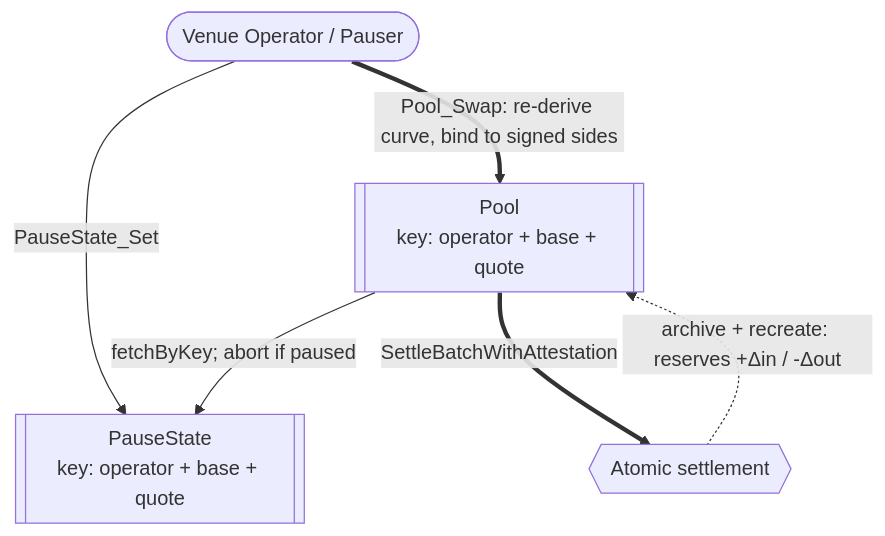
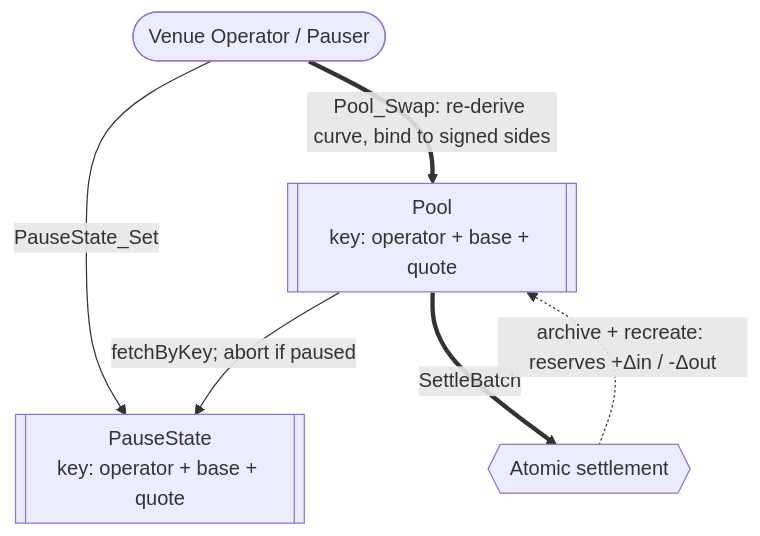
Before and after one commit to OpenZeppelin/canton-specs: the fourth of 5 diagrams in docs/reference-architectures/dex.md, drawn with Mermaid. The commit also changed other lines of this file and 4 other files, not shown here.

````diff
--- a/docs/reference-architectures/dex.md
+++ b/docs/reference-architectures/dex.md
@@ -356,13 +356,13 @@
 ```mermaid
 flowchart TD
     Operator([Venue Operator / Pauser])
     Pool[["Pool<br/>key: operator + base + quote"]]
     Pause[["PauseState<br/>key: operator + base + quote"]]
     Settle{{Atomic settlement}}
 
     Operator -->|"PauseState_Set"| Pause
     Operator ==>|"Pool_Swap: re-derive curve, bind to signed sides"| Pool
     Pool -->|"fetchByKey; abort if paused"| Pause
-    Pool ==>|"SettleBatchWithAttestation"| Settle
+    Pool ==>|"SettleBatch"| Settle
     Settle -.->|"archive + recreate: reserves +Δin / -Δout"| Pool
 ```
````
